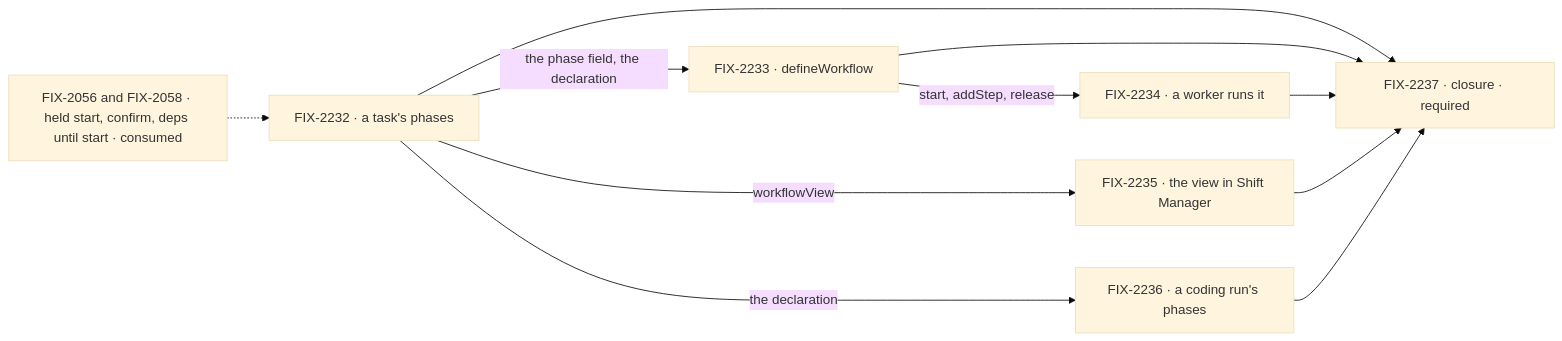
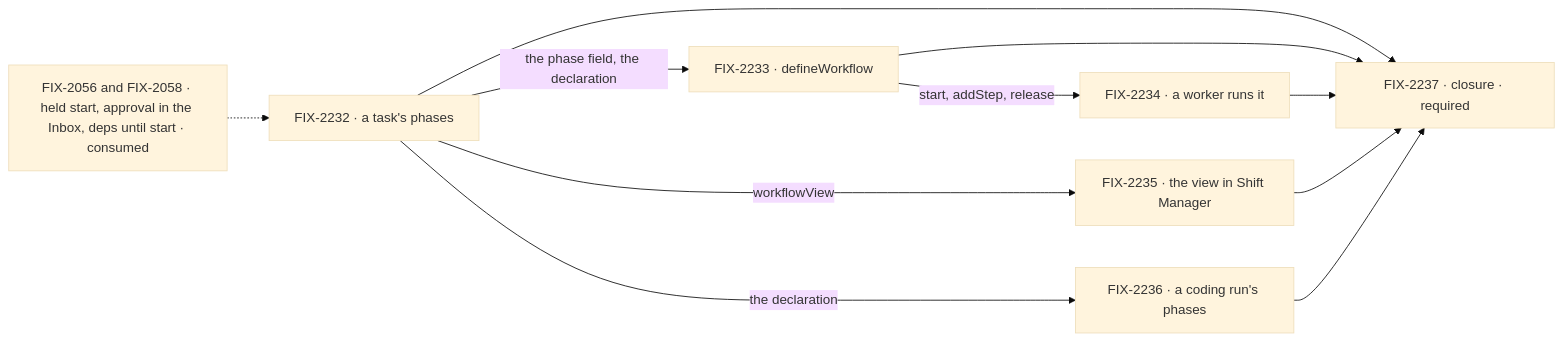
The second of 2 diagrams in specs/epics/FIX-2092/SPEC.md (fixpoint-labs/flow-state-dev), drawn with Mermaid (base theme) before and after one commit. The commit also changed other lines of this file and 4 other files, not shown here.

````diff
--- a/specs/epics/FIX-2092/SPEC.md
+++ b/specs/epics/FIX-2092/SPEC.md
@@ -109,13 +109,13 @@
 ```mermaid
 flowchart LR
-  I["FIX-2056 and FIX-2058 · held start, confirm, deps until start · consumed"] -.-> A
+  I["FIX-2056 and FIX-2058 · held start, approval in the Inbox, deps until start · consumed"] -.-> A
   A["FIX-2232 · a task's phases"] -->|"the phase field, the declaration"| B["FIX-2233 · defineWorkflow"]
   A -->|"workflowView"| D["FIX-2235 · the view in Shift Manager"]
   A -->|"the declaration"| E["FIX-2236 · a coding run's phases"]
   B -->|"start, addStep, release"| C["FIX-2234 · a worker runs it"]
   A --> P["FIX-2237 · closure · required"]
   B --> P
   C --> P
   D --> P
   E --> P
 ```
````
